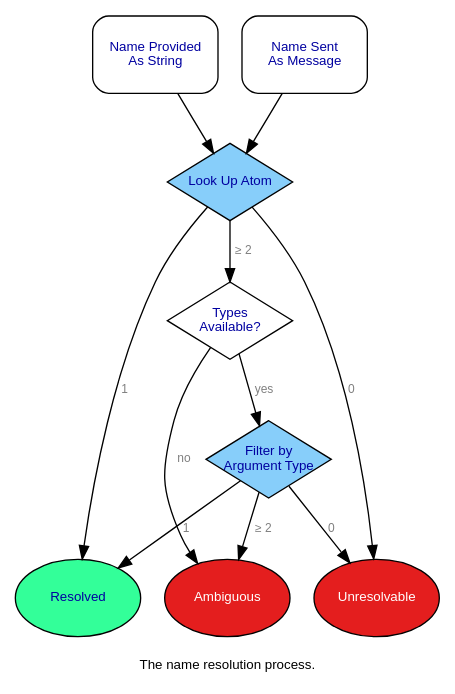
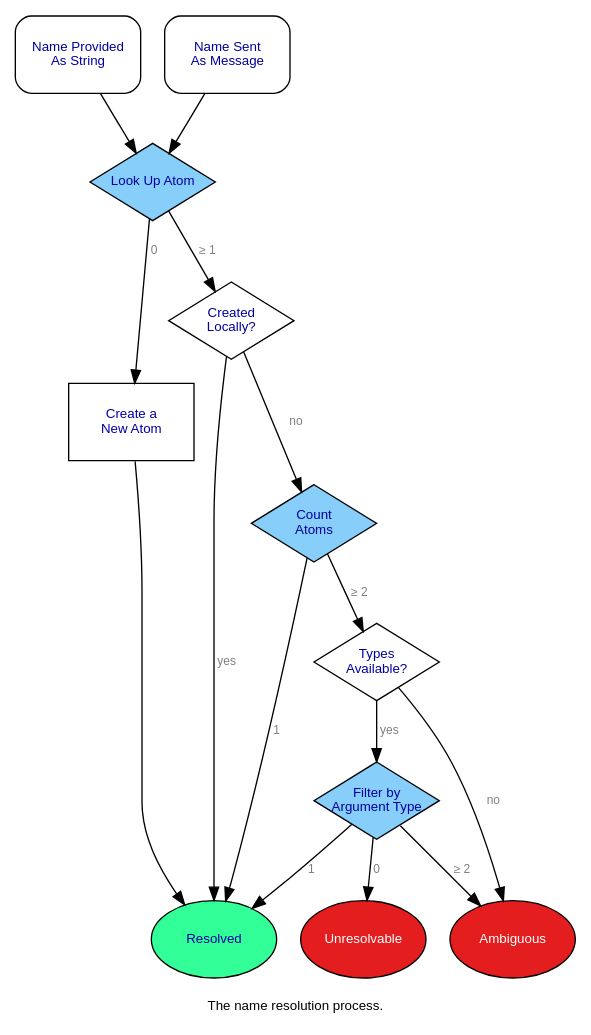
One commit to AvailLang/www.availlang.org changed the diagram in about-avail/documentation/modules/private/scripts/name-resolution.gv. Above: the diagram before and after it, drawn with Graphviz. The commit also changed 905 other files, not shown here.

```diff
--- a/about-avail/documentation/modules/private/scripts/name-resolution.gv
+++ b/about-avail/documentation/modules/private/scripts/name-resolution.gv
@@ -1,101 +1,125 @@
 strict digraph "Name resolution"
 {
 	label="\nThe name resolution process."
 	labelloc="bottom";
 	labeljust="center";
 	fontname="Helvetica";
 	fontsize="10";
 	fontcolor="#000000";
 	rankdir="TB";
 
 	node
 	[
 		fixedsize="true",
 		width="1.3",
 		height="0.8",
 		fontname="Helvetica",
 		fontsize="10",
 		fontcolor="#0000A0",
 		target="_top"
 	];
 	edge
 	[
 		fontname="Helvetica",
 		fontsize="9",
 		fontcolor="#808080"
 	];
 
 	stringProvided
 	[
 		label="Name Provided\nAs String",
 		tooltip="The name is provided as a string to a method that performs name resolution.",
 		shape="record",
 		style="rounded"
 	];
 	parse
 	[
 		label="Name Sent\nAs Message",
 		tooltip="The compiler parses the name from a lexical expression in the module body.",
 		shape="record",
 		style="rounded"
 	];
 	lookup
 	[
 		label="Look Up Atom",
 		tooltip="Use the name to look up the set of candidate atoms in the module's internal directory of visible names.",
 		shape="diamond",
 		style="filled",
 		fillcolor="#87cefa"
 	];
+	create
+	[
+		label="Create a\nNew Atom",
+		tooltip="Create a new atom and associate it with the name.",
+		shape="box"
+	];
+	isNew
+	[
+		label="Created\nLocally?",
+		tooltip="Is the name mentioned in the introduced names section of the resolving module?",
+		shape="diamond"
+	];
+	howMany
+	[
+		label="Count\nAtoms",
+		tooltip="How many atoms are associated with the name?",
+		shape="diamond",
+		style="filled",
+		fillcolor="#87cefa"
+	];
 	typeInfo
 	[
 		label="Types\nAvailable?",
 		tooltip="Is type information available? This will be true at the call site of a name, or during the reflective lookup of a method definition using \"method definition of_for\".",
 		shape="diamond"
 	];
 	filter
 	[
 		label="Filter by\nArgument Type",
 		tooltip="Filter the candidate atoms by using available argument type information. This is only possible for atoms with attached methods.",
 		shape="diamond",
 		style="filled",
 		fillcolor="#87cefa"
 	];
 	resolved
 	[
 		label="Resolved",
 		tooltip="Name resolution succeeded. Proceed using the resolved atom.",
 		shape="ellipse",
 		style="filled",
 		fillcolor="#33ff99"
 	];
 	unresolvable
 	[
 		label="Unresolvable",
 		tooltip="The name does not occur in the module's internal directory of visible names. Report failure.",
 		shape="ellipse",
 		style="filled",
 		fillcolor="#e41e1e",
 		fontcolor="#ffffff"
 	];
 	ambiguous
 	[
 		label="Ambiguous",
 		tooltip="Even after considering available type information, the name corresponds to more than one visible atom. Report failure.",
 		shape="ellipse",
 		style="filled",
 		fillcolor="#e41e1e",
 		fontcolor="#ffffff"
 	];
 
 	stringProvided -> lookup;
 	parse -> lookup;
-	lookup -> unresolvable [label=" 0"];
-	lookup -> resolved [label=" 1"];
-	lookup -> typeInfo [label=" &ge; 2"];
+	lookup -> create [label=" 0"];
+	lookup -> isNew [label=" &ge; 1"];
+	create -> resolved;
+	isNew -> resolved [label=" yes"];
+	isNew -> howMany [label=" no"];
+	howMany -> resolved [label=" 1"];
+	howMany -> typeInfo [label=" &ge; 2"];
 	typeInfo -> filter [label=" yes"];
 	typeInfo -> ambiguous [label=" no"];
 	filter -> unresolvable [label=" 0"];
 	filter -> resolved [label=" 1"];
 	filter -> ambiguous [label=" &ge; 2"];
 }
```
